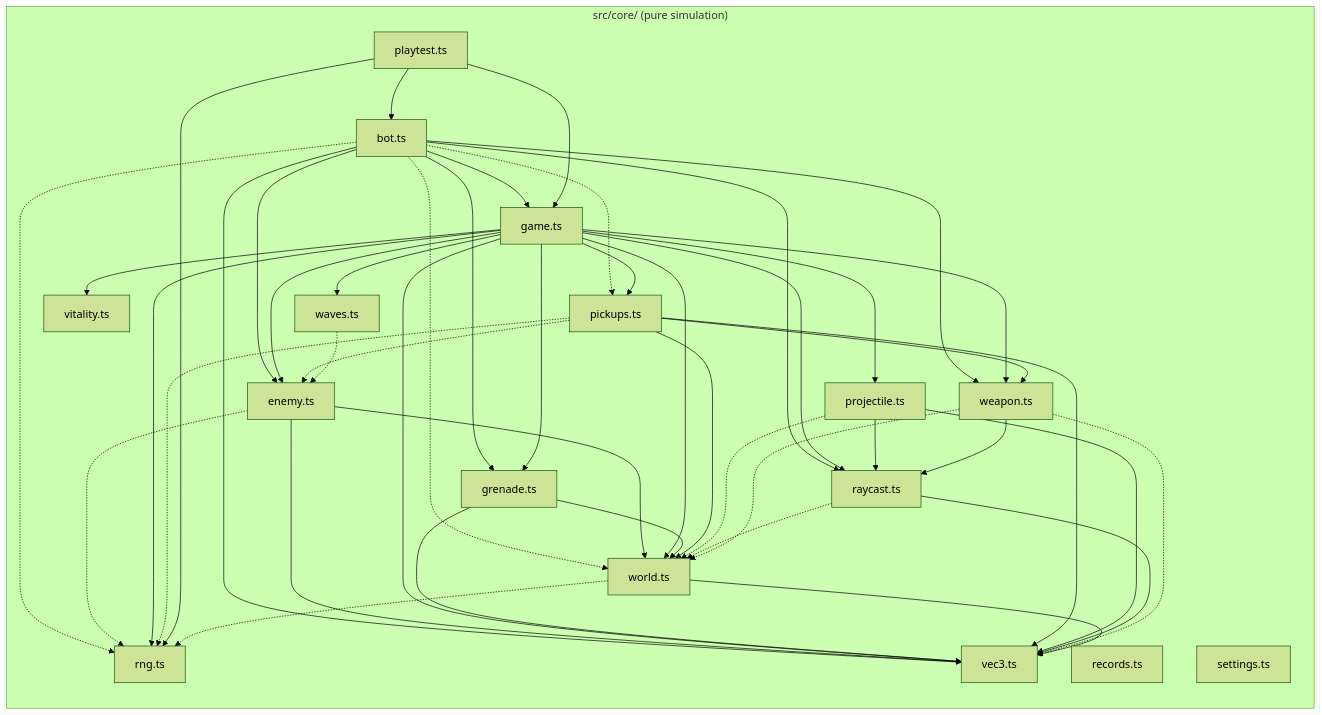
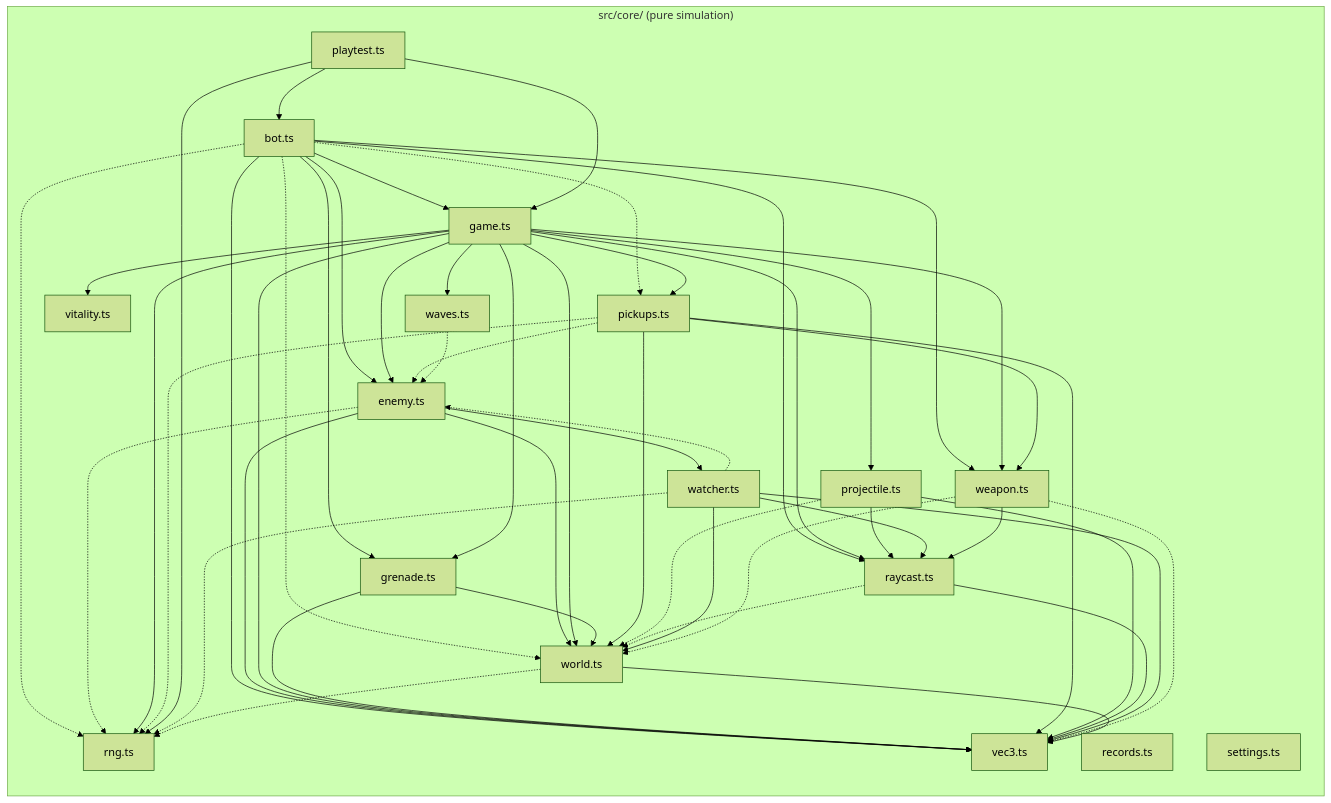
The diagram in docs/architecture/diagrams/core-components.mmd (agh/ringfall), drawn with Mermaid (forest theme) before and after one commit. The commit also changed 14 other files, not shown here.

First line of the commit message:
docs(architecture): regenerate against main's watcher, dispose and security job

```diff
--- a/docs/architecture/diagrams/core-components.mmd
+++ b/docs/architecture/diagrams/core-components.mmd
@@ -1,64 +1,71 @@
 %%{init: {"flowchart": {"curve": "basis"}} }%%
 flowchart LR
   subgraph core["src/core/ (pure simulation)"]
     core_bot["bot.ts"]
     core_enemy["enemy.ts"]
     core_game["game.ts"]
     core_grenade["grenade.ts"]
     core_pickups["pickups.ts"]
     core_playtest["playtest.ts"]
     core_projectile["projectile.ts"]
     core_raycast["raycast.ts"]
     core_records["records.ts"]
     core_rng["rng.ts"]
     core_settings["settings.ts"]
     core_vec3["vec3.ts"]
     core_vitality["vitality.ts"]
+    core_watcher["watcher.ts"]
     core_waves["waves.ts"]
     core_weapon["weapon.ts"]
     core_world["world.ts"]
   end
   core_bot --> core_enemy
   core_bot --> core_game
   core_bot --> core_grenade
   core_bot -.-> core_pickups
   core_bot --> core_raycast
   core_bot -.-> core_rng
   core_bot --> core_vec3
   core_bot --> core_weapon
   core_bot -.-> core_world
   core_enemy -.-> core_rng
   core_enemy --> core_vec3
+  core_enemy --> core_watcher
   core_enemy --> core_world
   core_game --> core_enemy
   core_game --> core_grenade
   core_game --> core_pickups
   core_game --> core_projectile
   core_game --> core_raycast
   core_game --> core_rng
   core_game --> core_vec3
   core_game --> core_vitality
   core_game --> core_waves
   core_game --> core_weapon
   core_game --> core_world
   core_grenade --> core_vec3
   core_grenade --> core_world
   core_pickups -.-> core_enemy
   core_pickups -.-> core_rng
   core_pickups --> core_vec3
   core_pickups --> core_weapon
   core_pickups --> core_world
   core_playtest --> core_bot
   core_playtest --> core_game
   core_playtest --> core_rng
   core_projectile --> core_raycast
   core_projectile --> core_vec3
   core_projectile -.-> core_world
   core_raycast --> core_vec3
   core_raycast -.-> core_world
+  core_watcher -.-> core_enemy
+  core_watcher --> core_raycast
+  core_watcher -.-> core_rng
+  core_watcher --> core_vec3
+  core_watcher --> core_world
   core_waves -.-> core_enemy
   core_weapon --> core_raycast
   core_weapon -.-> core_vec3
   core_weapon -.-> core_world
   core_world -.-> core_rng
   core_world --> core_vec3
```
